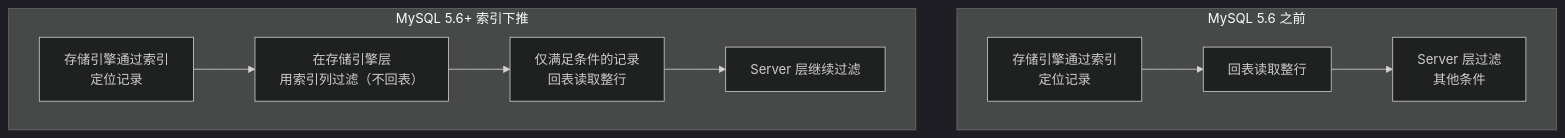
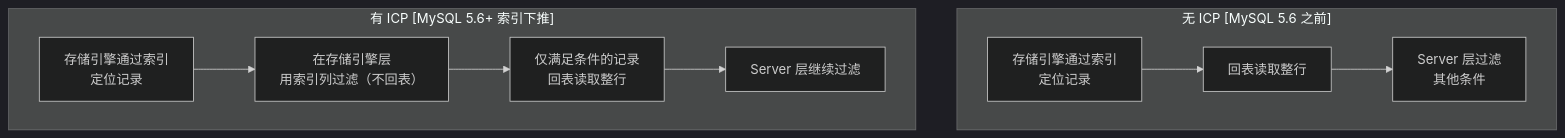
One commit to kane201x/javadoc changed the third of 20 diagrams in 08-mysql/README.md. Above: the diagram before and after it, drawn with Mermaid (dark theme). The commit also changed other lines of this file and 12 other files, not shown here.

First line of the commit message:
fix: correct mermaid diagram syntax across all modules

````diff
--- a/08-mysql/README.md
+++ b/08-mysql/README.md
@@ -208,17 +208,17 @@
 ```mermaid
 graph TB
-    subgraph 无 ICP[MySQL 5.6 之前]
+    subgraph no_icp["无 ICP [MySQL 5.6 之前]"]
         A1["存储引擎通过索引<br/>定位记录"]
         A2["回表读取整行"]
         A3["Server 层过滤<br/>其他条件"]
         A1 --> A2 --> A3
     end
 
-    subgraph 有 ICP[MySQL 5.6+ 索引下推]
+    subgraph has_icp["有 ICP [MySQL 5.6+ 索引下推]"]
         B1["存储引擎通过索引<br/>定位记录"]
         B2["在存储引擎层<br/>用索引列过滤（不回表）"]
         B3["仅满足条件的记录<br/>回表读取整行"]
         B4["Server 层继续过滤"]
         B1 --> B2 --> B3 --> B4
     end
 ```
````
